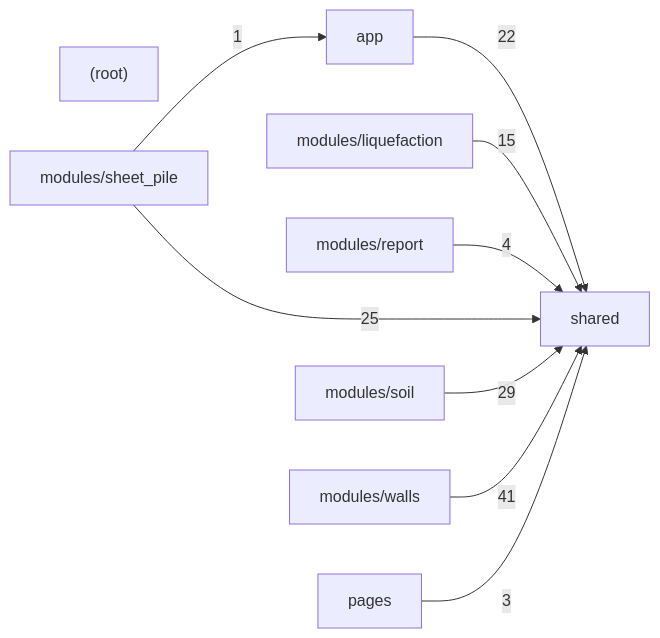
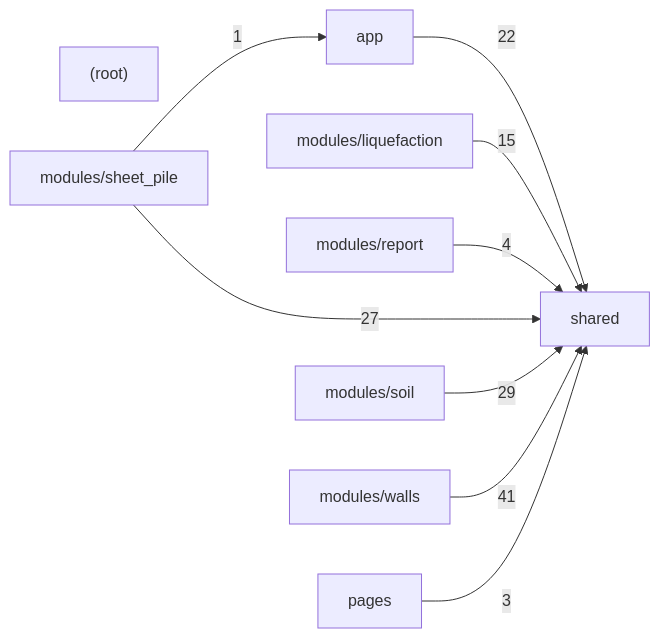
One commit to umutsertkaya/Foundation_Engineering_Program changed the second of 2 diagrams in docs/CODE_MAP.md. Above: the diagram before and after it, drawn with Mermaid. The commit also changed other lines of this file and 10 other files, not shown here.

Commit message:
T9 step5: sheet pile advanced inputs and design basis display (B11)

````diff
--- a/docs/CODE_MAP.md
+++ b/docs/CODE_MAP.md
@@ -557,20 +557,20 @@
 ```mermaid
 graph LR
   _root_["(root)"]
   app["app"]
   modules_liquefaction["modules/liquefaction"]
   modules_report["modules/report"]
   modules_sheet_pile["modules/sheet_pile"]
   modules_soil["modules/soil"]
   modules_walls["modules/walls"]
   pages["pages"]
   shared["shared"]
   app -->|22| shared
   modules_liquefaction -->|15| shared
   modules_report -->|4| shared
   modules_sheet_pile -->|1| app
-  modules_sheet_pile -->|25| shared
+  modules_sheet_pile -->|27| shared
   modules_soil -->|29| shared
   modules_walls -->|41| shared
   pages -->|3| shared
 ```
````
